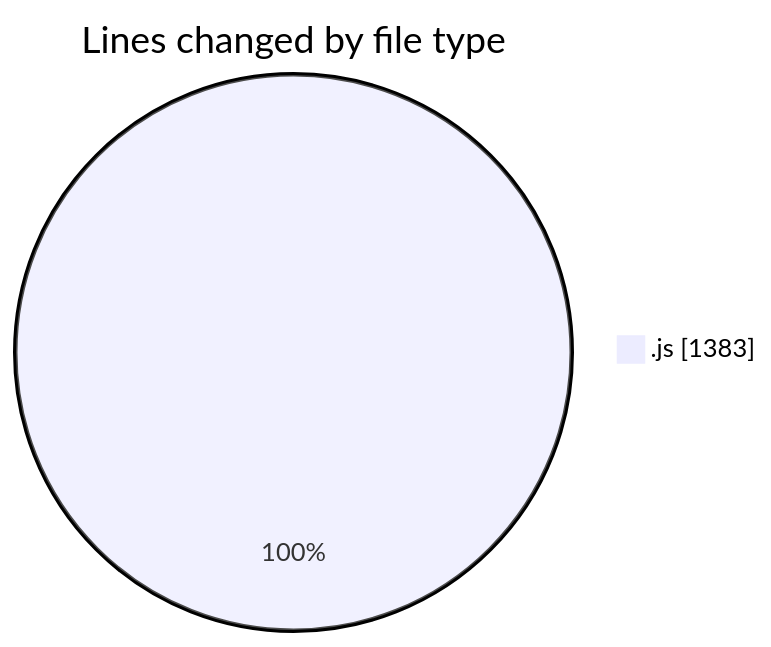
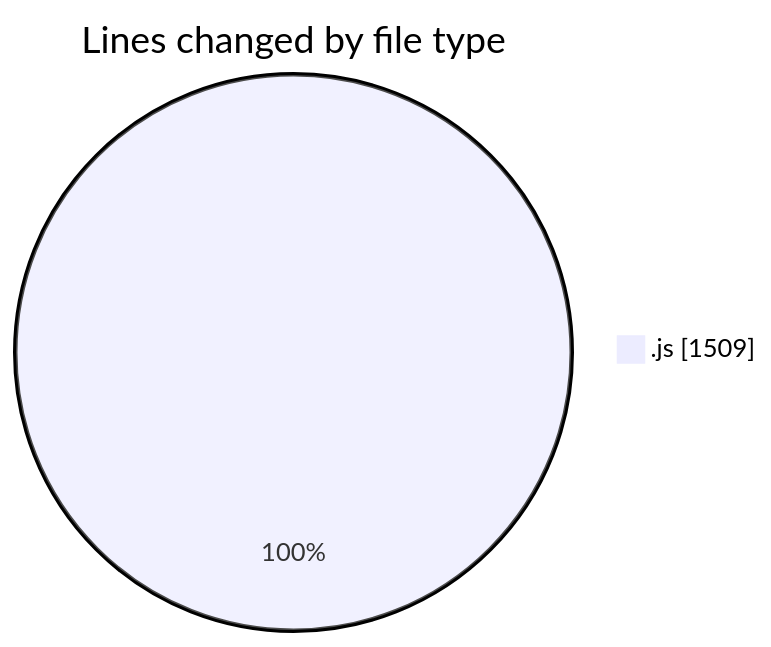
The first of 2 diagrams in 2025-10-16/nxtqube_webapp/README.md (nxtqubesakshisongat/code-tracking), drawn with Mermaid before and after one commit. The commit also changed other lines of this file and 1 other file, not shown here.

````diff
--- a/2025-10-16/nxtqube_webapp/README.md
+++ b/2025-10-16/nxtqube_webapp/README.md
@@ -20,5 +20,5 @@
 ```mermaid
 pie showData
 title Lines changed by file type
-".js" : 1383
+".js" : 1509
 ```
````
